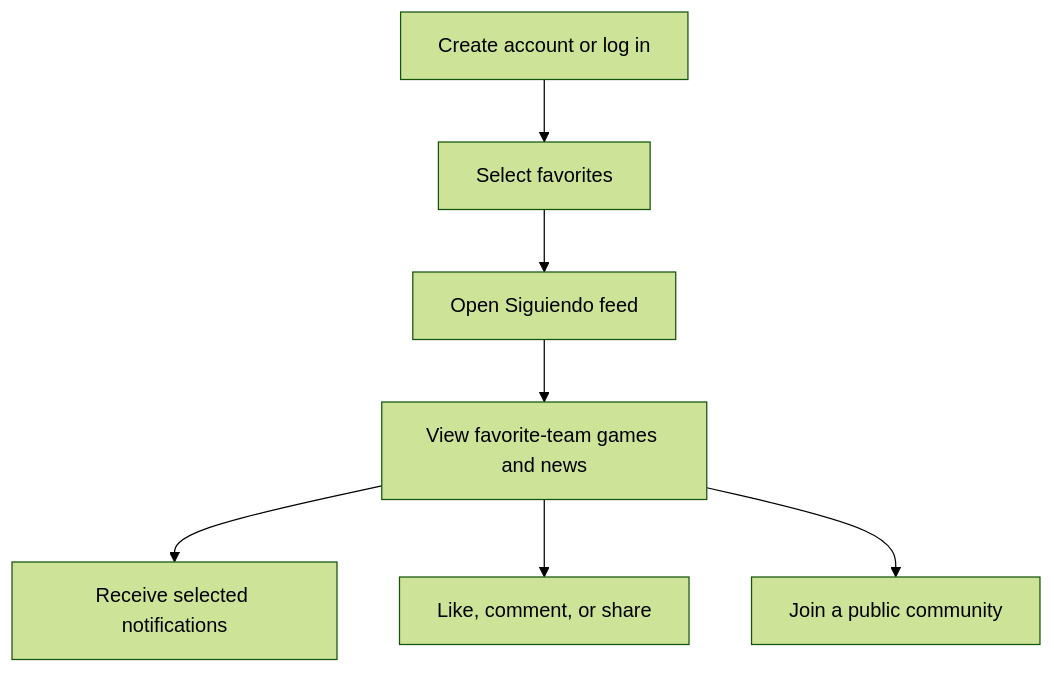
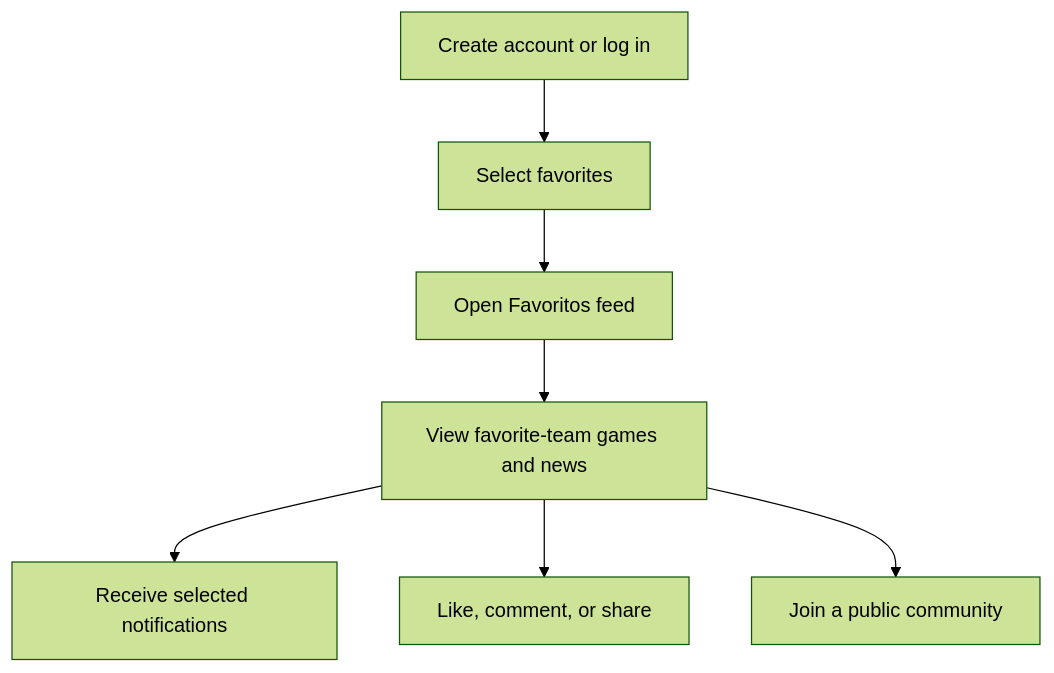
Before and after one commit to ernestosoto3/TDA: the second of 4 diagrams in documentation/product/mvp_scope_v1.md, drawn with Mermaid (forest theme). The commit also changed other lines of this file and 5 other files, not shown here.

````diff
--- a/documentation/product/mvp_scope_v1.md
+++ b/documentation/product/mvp_scope_v1.md
@@ -693,9 +693,9 @@
 ```mermaid
 flowchart TD
     A["Create account or log in"] --> B["Select favorites"]
-    B --> C["Open Siguiendo feed"]
+    B --> C["Open Favoritos feed"]
     C --> D["View favorite-team games and news"]
     D --> E["Receive selected notifications"]
     D --> F["Like, comment, or share"]
     D --> G["Join a public community"]
 ```
````
